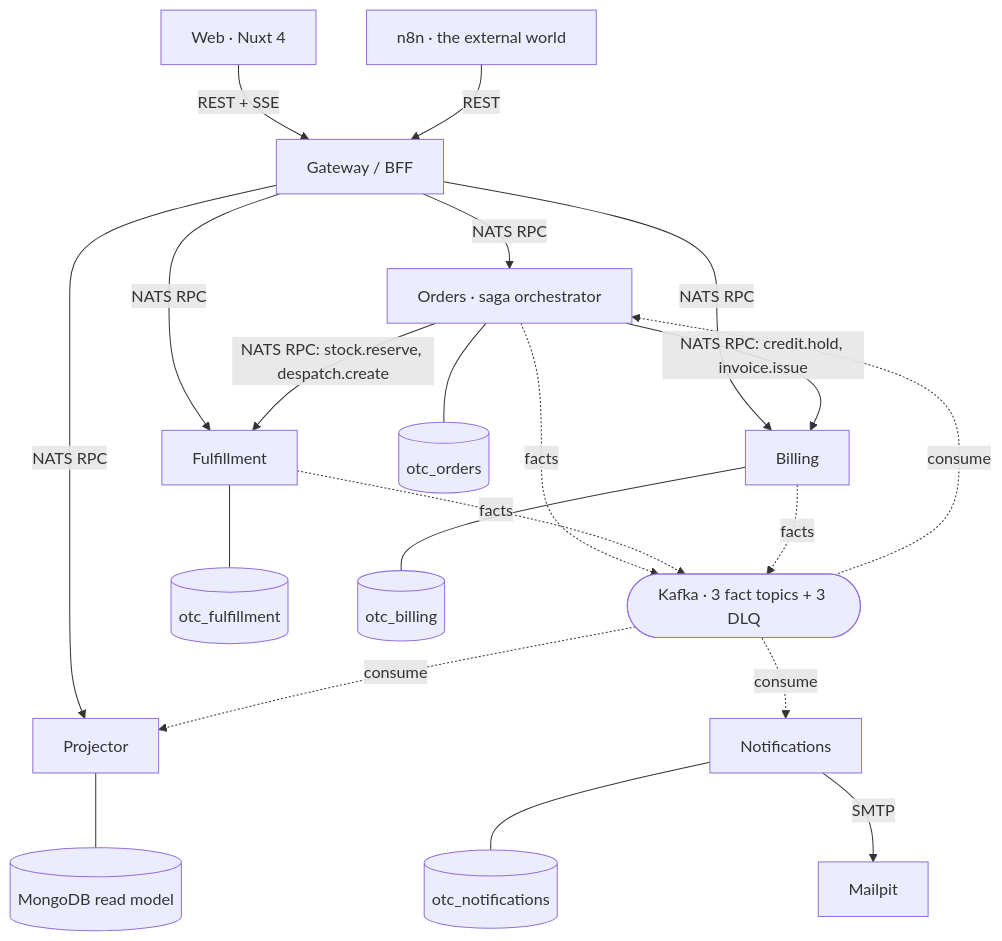
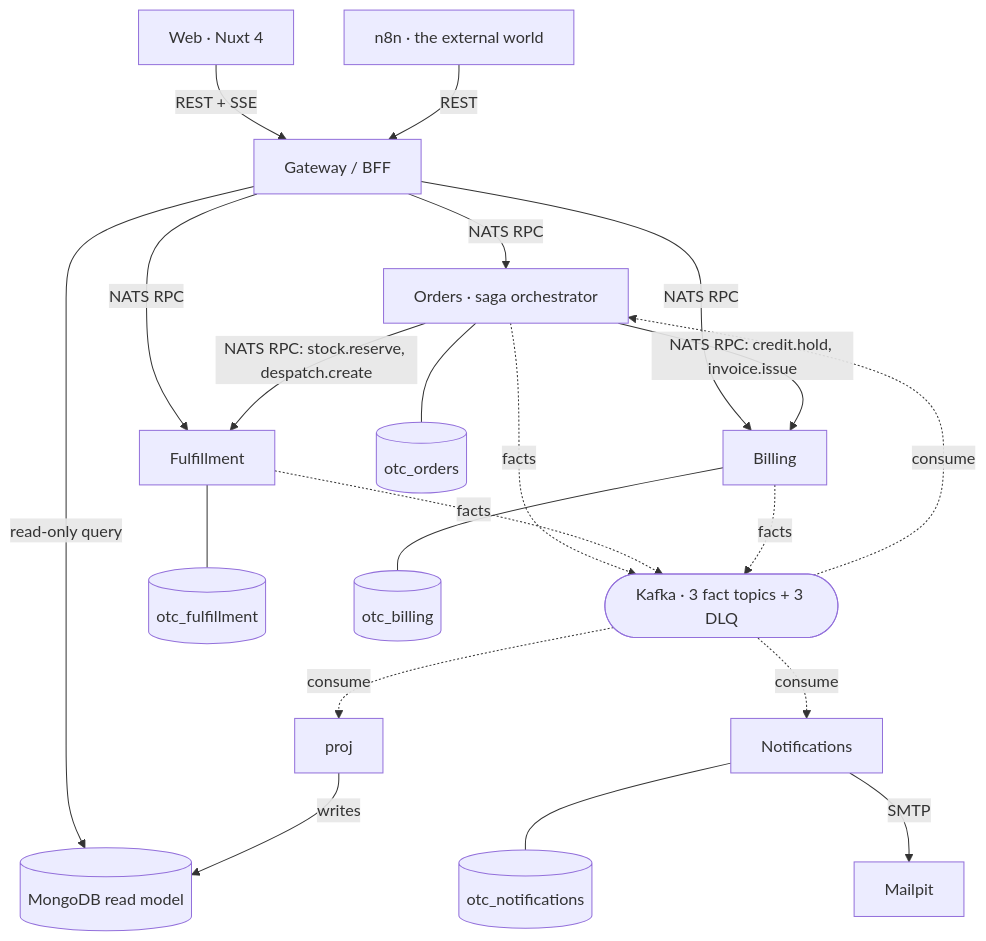
The first of 2 diagrams in README.md (peelmicro/order-to-cash-nestjs), drawn with Mermaid before and after one commit. The commit also changed other lines of this file and 4 other files, not shown here.

````diff
--- a/README.md
+++ b/README.md
@@ -87,27 +97,27 @@
 ```mermaid
 flowchart TB
     web["Web · Nuxt 4"] -->|REST + SSE| gw["Gateway / BFF"]
     n8n["n8n · the external world"] -->|REST| gw
 
     gw -->|NATS RPC| orders["Orders · saga orchestrator"]
     gw -->|NATS RPC| ful["Fulfillment"]
     gw -->|NATS RPC| bil["Billing"]
-    gw -->|NATS RPC| proj["Projector"]
+    gw -->|read-only query| mongo
 
     orders -->|NATS RPC: stock.reserve, despatch.create| ful
     orders -->|NATS RPC: credit.hold, invoice.issue| bil
 
     orders -.->|facts| K(["Kafka · 3 fact topics + 3 DLQ"])
     ful -.->|facts| K
     bil -.->|facts| K
     K -.->|consume| orders
     K -.->|consume| proj
     K -.->|consume| notif["Notifications"]
 
     orders --- odb[("otc_orders")]
     ful --- fdb[("otc_fulfillment")]
     bil --- bdb[("otc_billing")]
     notif --- ndb[("otc_notifications")]
-    proj --- mongo[("MongoDB read model")]
+    proj -->|writes| mongo[("MongoDB read model")]
     notif -->|SMTP| mail["Mailpit"]
 ```
````
